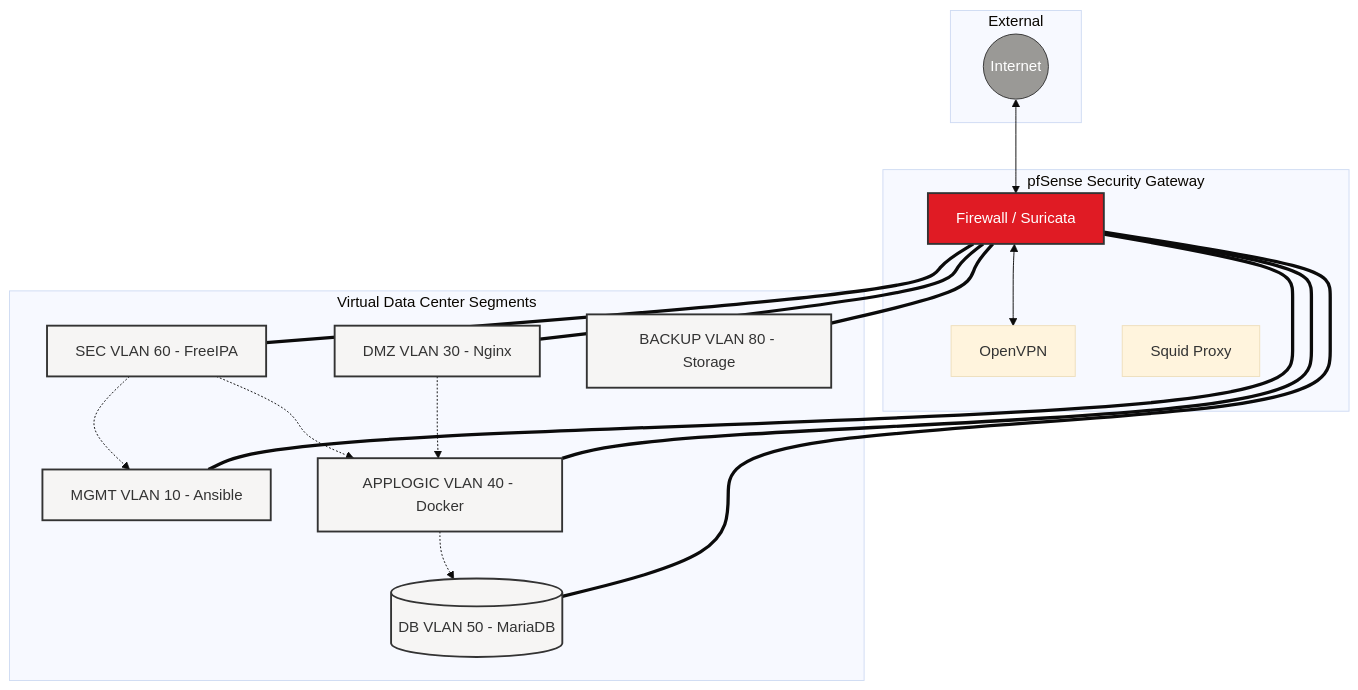
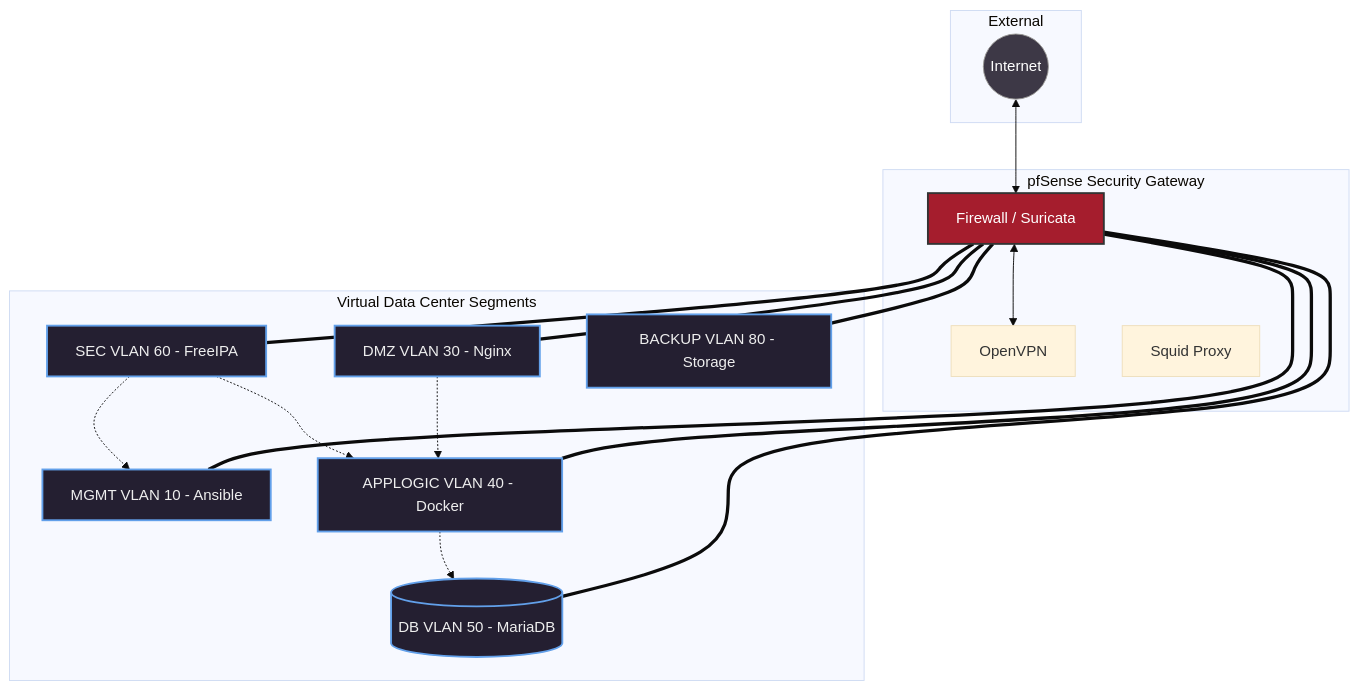
Before and after one commit to enveronderuslu/Zero_Trust_Data_Center: the diagram in README.md, drawn with Mermaid (base theme).

````diff
--- a/README.md
+++ b/README.md
@@ -73,45 +73,45 @@
 ```mermaid
 graph TD
     %% Global Styles
-    classDef firewall fill:#e01b24,stroke:#333,stroke-width:2px,color:#fff;
-    classDef vlan fill:#f6f5f4,stroke:#333,stroke-width:2px;
-    classDef external fill:#9a9996,stroke:#333,color:#fff;
+    classDef firewall fill:#a51d2d,stroke:#333,stroke-width:2px,color:#fff;
+    classDef vlan fill:#241f31,stroke:#62a0ea,stroke-width:2px,color:#eee;
+    classDef external fill:#3d3846,stroke:#9a9996,color:#fff;
 
     subgraph External_Network [External]
         Internet((Internet))
     end
 
     subgraph Gateway [pfSense Security Gateway]
         FW[Firewall / Suricata]:::firewall
         VPN[OpenVPN]
         Proxy[Squid Proxy]
     end
 
     subgraph VDC [Virtual Data Center Segments]
         MGMT[MGMT VLAN 10 - Ansible]:::vlan
         DMZ[DMZ VLAN 30 - Nginx]:::vlan
         APP[APPLOGIC VLAN 40 - Docker]:::vlan
         DB[(DB VLAN 50 - MariaDB)]:::vlan
         SEC[SEC VLAN 60 - FreeIPA]:::vlan
         BACKUP[BACKUP VLAN 80 - Storage]:::vlan
     end
 
     %% Routing
     Internet <--> FW
     FW <--> VPN
     
     FW === MGMT
     FW === DMZ
     FW === APP
     FW === DB
     FW === SEC
     FW === BACKUP
 
     %% Data Flow
     DMZ -.-> APP
     APP -.-> DB
     SEC -.-> APP
     SEC -.-> MGMT
 
     class Internet external;
 ```
````
